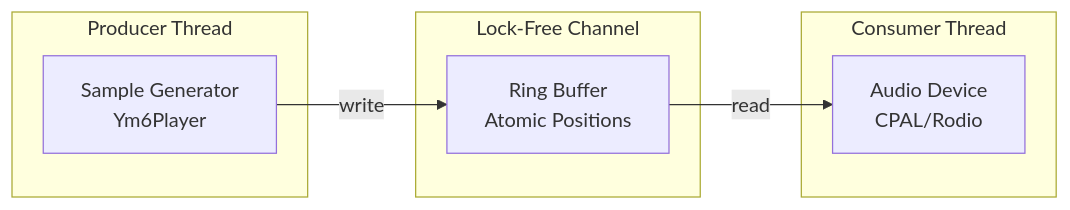
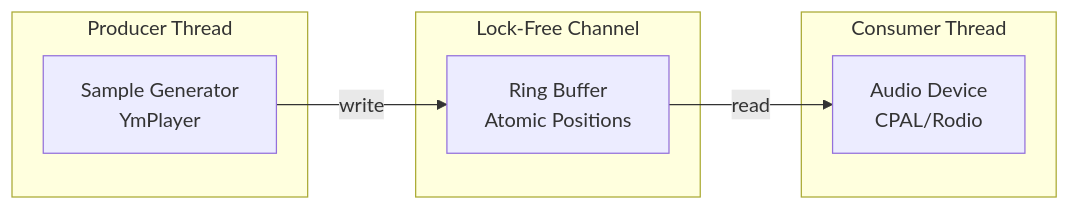
One commit to slippyex/ym2149-rs changed the fifth of 6 diagrams in ARCHITECTURE.md. Above: the diagram before and after it, drawn with Mermaid. The commit also changed other lines of this file and 77 other files, not shown here.

````diff
--- a/ARCHITECTURE.md
+++ b/ARCHITECTURE.md
@@ -721,17 +724,17 @@
 ```mermaid
 graph LR
     subgraph "Producer Thread"
-        GEN["Sample Generator<br/>Ym6Player"]
+        GEN["Sample Generator<br/>YmPlayer"]
     end
 
     subgraph "Lock-Free Channel"
         RB["Ring Buffer<br/>Atomic Positions"]
     end
 
     subgraph "Consumer Thread"
         AUDIO["Audio Device<br/>CPAL/Rodio"]
     end
 
     GEN -->|write| RB
     RB -->|read| AUDIO
 ```
````
